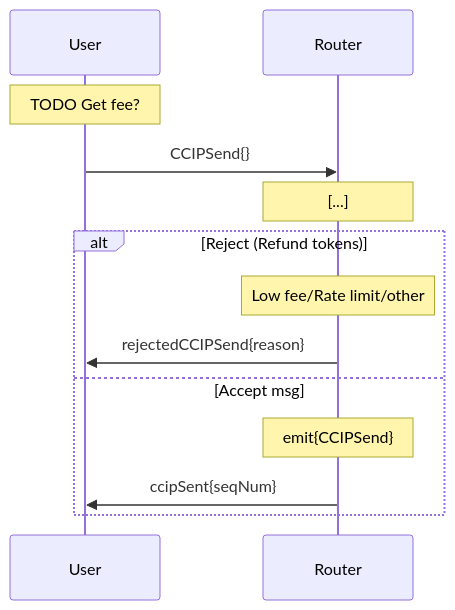
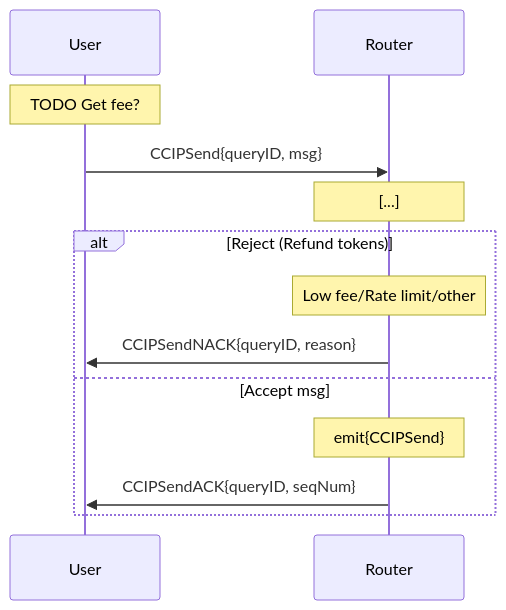
Before and after one commit to smartcontractkit/chainlink-ton: the first of 2 diagrams in docs/contracts/ccip/flow/onramp/user-interface.md, drawn with Mermaid. The commit also changed other lines of this file and 2 other files, not shown here.

````diff
--- a/docs/contracts/ccip/flow/onramp/user-interface.md
+++ b/docs/contracts/ccip/flow/onramp/user-interface.md
@@ -5,19 +5,19 @@
 ```mermaid
 sequenceDiagram
     participant U as User
     participant R as Router
 
     Note over U: TODO Get fee?
 
-    U ->> R: CCIPSend{}
+    U ->> R: CCIPSend{queryID, msg}
     
     Note over R: [...]
     alt Reject (Refund tokens)
     Note over R: Low fee/Rate limit/other
-    R ->> U: rejectedCCIPSend{reason}
+    R ->> U: CCIPSendNACK{queryID, reason}
   
     else Accept msg
     Note over R: emit{CCIPSend}
-    R ->> U: ccipSent{seqNum}
+    R ->> U: CCIPSendACK{queryID, seqNum}
     end
 ```
````
